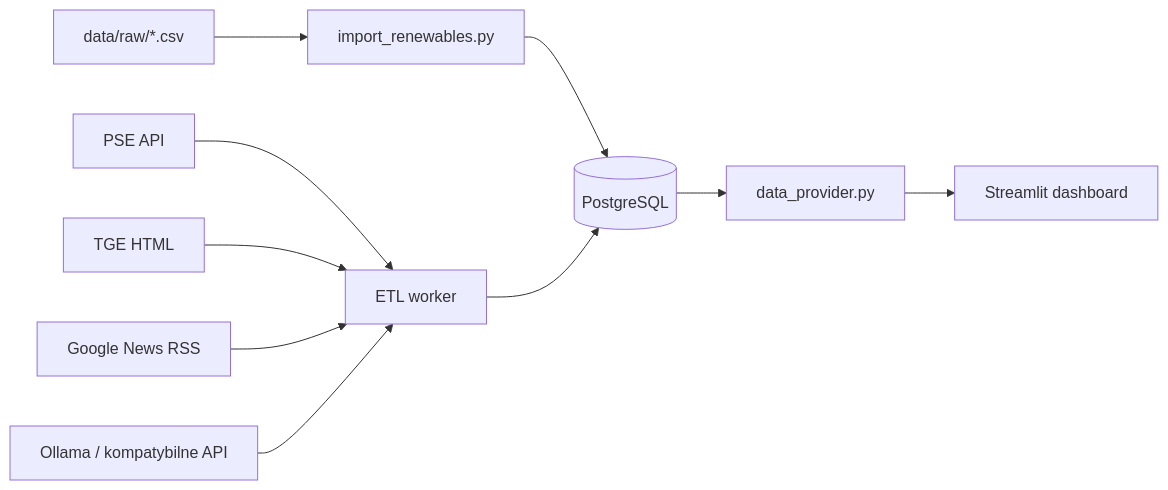
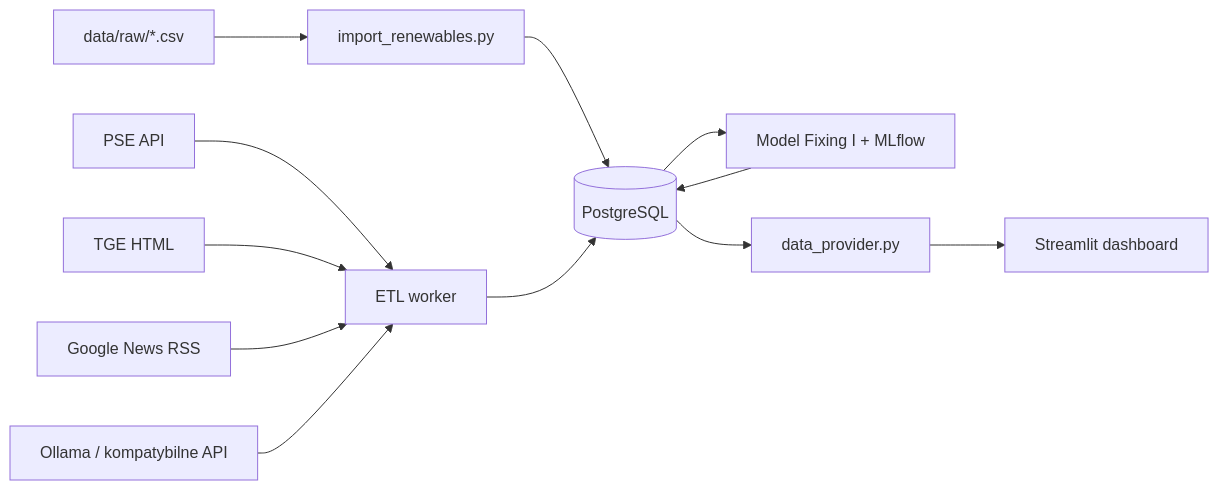
One commit to Damwid99/energy_dash changed the diagram in README.md. Above: the diagram before and after it, drawn with Mermaid. The commit also changed other lines of this file and 1 other file, not shown here.

Commit message:
feat: update project overview with energy storage optimization and Fixing I forecasts

````diff
--- a/README.md
+++ b/README.md
@@ -51,12 +59,14 @@
 ```mermaid
 flowchart LR
 	PSE[PSE API] --> ETL[ETL worker]
 	TGE[TGE HTML] --> ETL
 	RSS[Google News RSS] --> ETL
 	LLM[Ollama / kompatybilne API] --> ETL
 	CSV[data/raw/*.csv] --> SEED[import_renewables.py]
 	SEED --> DB[(PostgreSQL)]
 	ETL --> DB
+	DB --> FORECAST[Model Fixing I + MLflow]
+	FORECAST --> DB
 	DB --> DP[data_provider.py]
 	DP --> APP[Streamlit dashboard]
 ```
````
